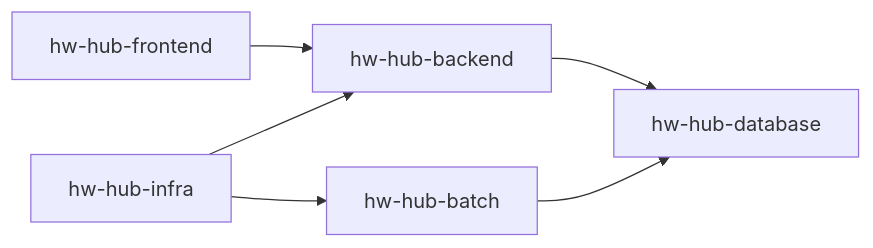
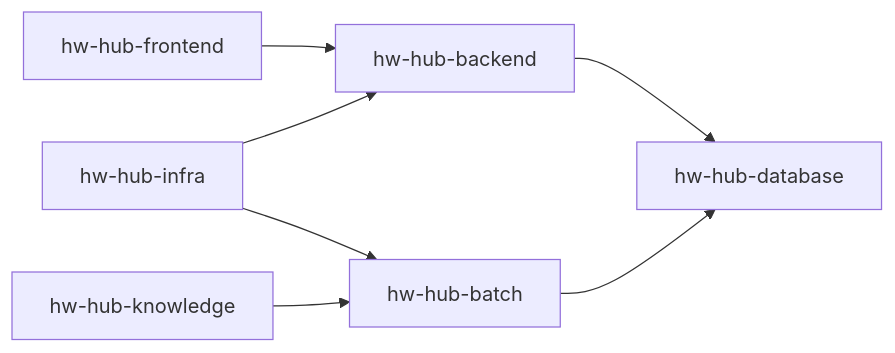
One commit to ryokkon624/hw-hub-frontend changed the third of 5 diagrams in README.md. Above: the diagram before and after it, drawn with Mermaid. The commit also changed other lines of this file and 2 other files, not shown here.

````diff
--- a/README.md
+++ b/README.md
@@ -108,15 +114,17 @@
 ```mermaid
 flowchart LR
 
 Frontend["hw-hub-frontend"]
 Backend["hw-hub-backend"]
 Batch["hw-hub-batch"]
 DB["hw-hub-database"]
 Infra["hw-hub-infra"]
+Knowledge["hw-hub-knowledge"]
 
 Frontend --> Backend
 Backend --> DB
 Batch --> DB
+Knowledge --> Batch
 Infra --> Backend
 Infra --> Batch
 ```
````
